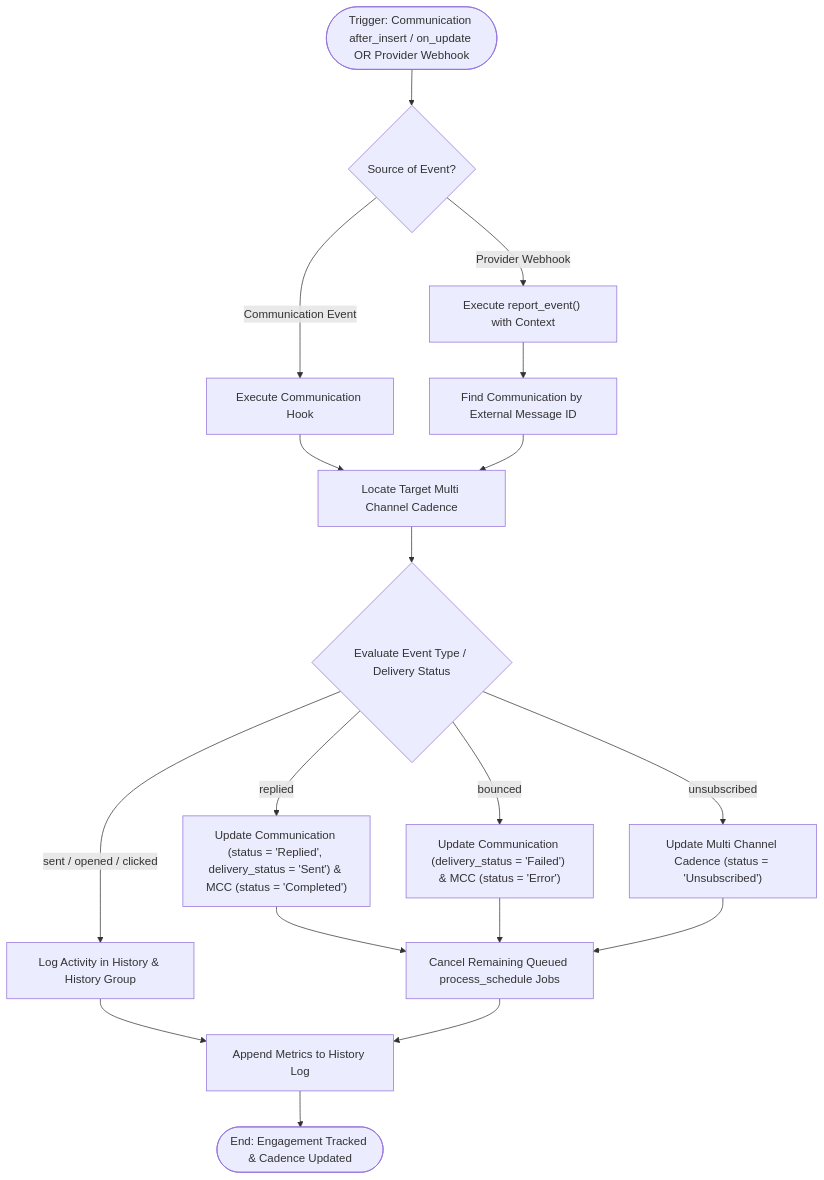
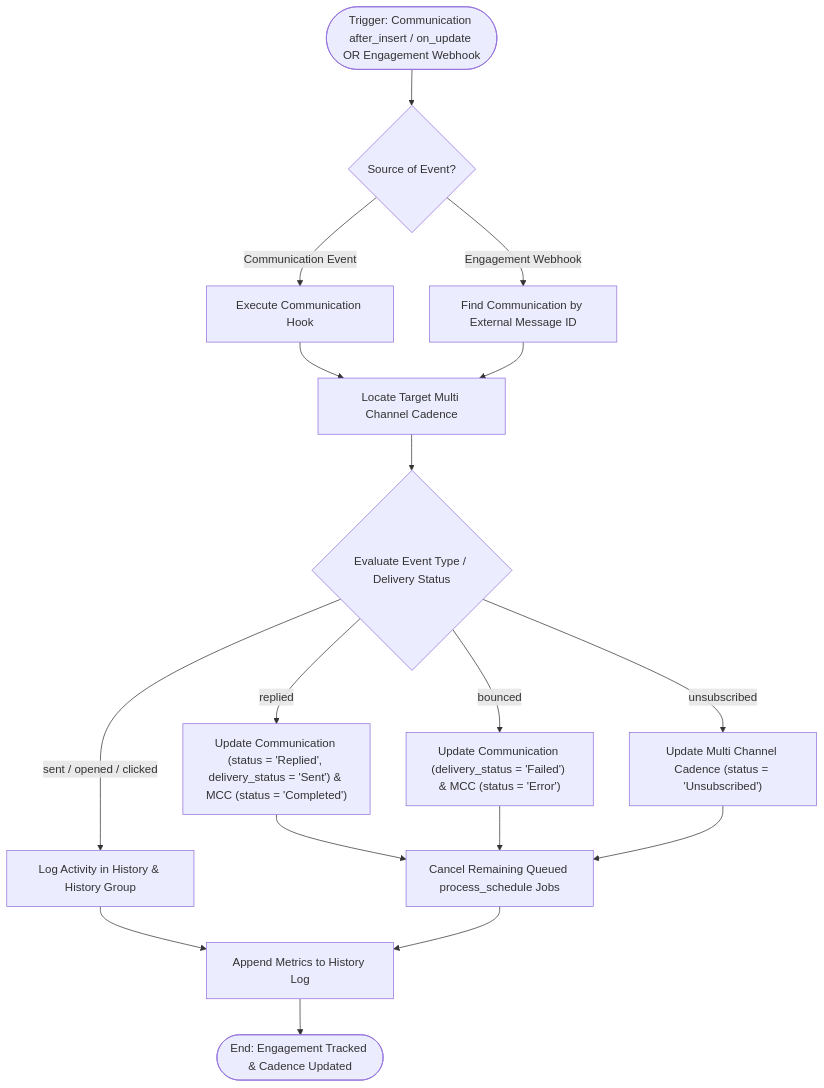
The diagram in docs/architecture/bpmn/05-communication-engagement-tracking.md (aurumorcom/frappe-cadence), drawn with Mermaid before and after one commit. The commit also changed other lines of this file and 9 other files, not shown here.

````diff
--- a/docs/architecture/bpmn/05-communication-engagement-tracking.md
+++ b/docs/architecture/bpmn/05-communication-engagement-tracking.md
@@ -7,24 +7,23 @@
 ```mermaid
 flowchart TD
-    StartCommTrigger(["Trigger: Communication after_insert / on_update OR Provider Webhook"]) --> DetectSource{"Source of Event?"}
+    StartCommTrigger(["Trigger: Communication after_insert / on_update OR Engagement Webhook"]) --> DetectSource{"Source of Event?"}
     DetectSource -- Communication Event --> ProcessComm["Execute Communication Hook"]
-    DetectSource -- Provider Webhook --> InvokeReportEvent["Execute report_event() with Context"]
+    DetectSource -- Engagement Webhook --> MatchComm["Find Communication by External Message ID"]
     
     ProcessComm --> MatchMCC["Locate Target Multi Channel Cadence"]
-    InvokeReportEvent --> MatchComm["Find Communication by External Message ID"]
     MatchComm --> MatchMCC
     
     MatchMCC --> EvaluateEventType{"Evaluate Event Type / Delivery Status"}
     EvaluateEventType -- sent / opened / clicked --> LogEngagement["Log Activity in History & History Group"]
     EvaluateEventType -- replied --> MarkReplied["Update Communication (status = 'Replied', delivery_status = 'Sent') & MCC (status = 'Completed')"]
     EvaluateEventType -- bounced --> MarkBounced["Update Communication (delivery_status = 'Failed') & MCC (status = 'Error')"]
     EvaluateEventType -- unsubscribed --> MarkUnsub["Update Multi Channel Cadence (status = 'Unsubscribed')"]
     
     LogEngagement --> UpdateHistory["Append Metrics to History Log"]
     MarkReplied --> CancelPendingSteps["Cancel Remaining Queued process_schedule Jobs"]
     MarkBounced --> CancelPendingSteps
     MarkUnsub --> CancelPendingSteps
     
     CancelPendingSteps --> UpdateHistory
     UpdateHistory --> EndTrackingSuccess(["End: Engagement Tracked & Cadence Updated"])
 ```
````
